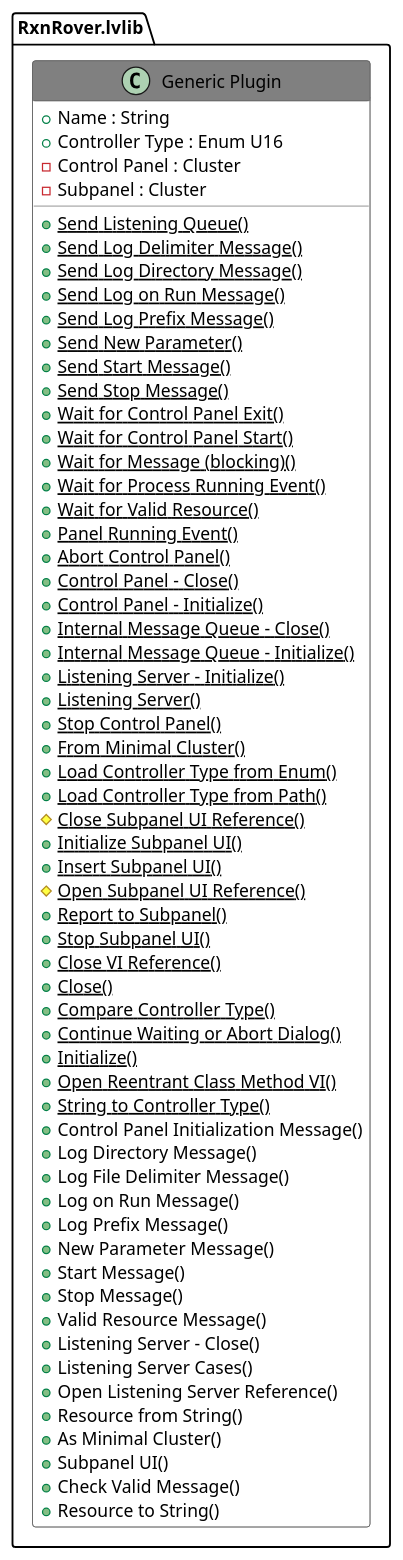
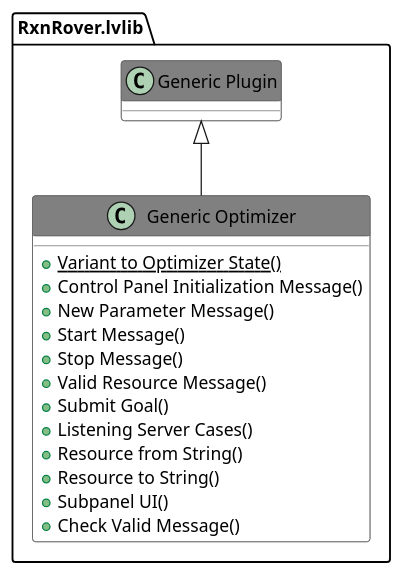
One commit to RxnRover/RxnRover changed the diagram in docs/source/_static/api/Includes/015.adoc. Above: the diagram before and after it, drawn with PlantUML. The commit also changed other lines of this file and 18 other files, not shown here.

```diff
--- a/docs/source/_static/api/Includes/015.adoc
+++ b/docs/source/_static/api/Includes/015.adoc
@@ -10,77 +10,31 @@
 [plantuml, format="svg", align="center"]
 ....
 @startuml
 set namespaceSeparator :
 skinparam ClassBackgroundColor #FFFFFF
 skinparam ClassBorderColor #555555
 skinparam ClassFontColor #000000
 skinparam ClassHeaderBackgroundColor #808080
 
 skinparam top to bottom direction
-class "RxnRover.lvlib:Generic Plugin" {
-{field} +Name : String
-{field} +Controller Type : Enum U16
-{field} -Control Panel : Cluster
-{field} -Subpanel : Cluster
-{static} {method} +Send Listening Queue()
-{static} {method} +Send Log Delimiter Message()
-{static} {method} +Send Log Directory Message()
-{static} {method} +Send Log on Run Message()
-{static} {method} +Send Log Prefix Message()
-{static} {method} +Send New Parameter()
-{static} {method} +Send Start Message()
-{static} {method} +Send Stop Message()
-{static} {method} +Wait for Control Panel Exit()
-{static} {method} +Wait for Control Panel Start()
-{static} {method} +Wait for Message (blocking)()
-{static} {method} +Wait for Process Running Event()
-{static} {method} +Wait for Valid Resource()
-{static} {method} +Panel Running Event()
-{static} {method} +Abort Control Panel()
-{static} {method} +Control Panel - Close()
-{static} {method} +Control Panel - Initialize()
-{static} {method} +Internal Message Queue - Close()
-{static} {method} +Internal Message Queue - Initialize()
-{static} {method} +Listening Server - Initialize()
-{static} {method} +Listening Server()
-{static} {method} +Stop Control Panel()
-{static} {method} +From Minimal Cluster()
-{static} {method} +Load Controller Type from Enum()
-{static} {method} +Load Controller Type from Path()
-{static} {method} #Close Subpanel UI Reference()
-{static} {method} +Initialize Subpanel UI()
-{static} {method} +Insert Subpanel UI()
-{static} {method} #Open Subpanel UI Reference()
-{static} {method} +Report to Subpanel()
-{static} {method} +Stop Subpanel UI()
-{static} {method} +Close VI Reference()
-{static} {method} +Close()
-{static} {method} +Compare Controller Type()
-{static} {method} +Continue Waiting or Abort Dialog()
-{static} {method} +Initialize()
-{static} {method} +Open Reentrant Class Method VI()
-{static} {method} +String to Controller Type()
+class "RxnRover.lvlib:Generic Optimizer" {
+{static} {method} +Variant to Optimizer State()
 {method} +Control Panel Initialization Message()
-{method} +Log Directory Message()
-{method} +Log File Delimiter Message()
-{method} +Log on Run Message()
-{method} +Log Prefix Message()
 {method} +New Parameter Message()
 {method} +Start Message()
 {method} +Stop Message()
 {method} +Valid Resource Message()
-{method} +Listening Server - Close()
+{method} +Submit Goal()
 {method} +Listening Server Cases()
-{method} +Open Listening Server Reference()
 {method} +Resource from String()
-{method} +As Minimal Cluster()
+{method} +Resource to String()
 {method} +Subpanel UI()
 {method} +Check Valid Message()
-{method} +Resource to String()
 
 }
+"RxnRover.lvlib:Generic Plugin" <|-- "RxnRover.lvlib:Generic Optimizer"
 
 
 
 @enduml
 ....
```
